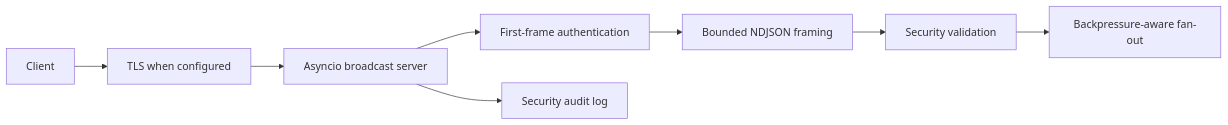
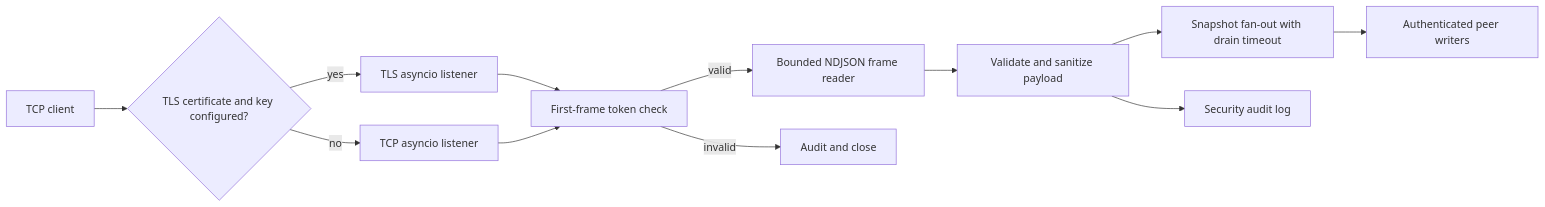
Before and after one commit to CoreyLeath-code/TrojanChat: the first of 2 diagrams in README.md, drawn with Mermaid. The commit also changed other lines of this file, not shown here.

Commit message:
docs: clarify supported server and evidence

````diff
--- a/README.md
+++ b/README.md
@@ -61,9 +64,14 @@
 ```mermaid
 flowchart LR
-    Client --> TLS[TLS when configured] --> Server[Asyncio broadcast server]
-    Server --> Auth[First-frame authentication]
-    Auth --> Framing[Bounded NDJSON framing]
-    Framing --> Validation[Security validation]
-    Validation --> Broadcast[Backpressure-aware fan-out]
-    Server --> Audit[Security audit log]
+    Client["TCP client"] --> TLS{"TLS certificate and key configured?"}
+    TLS -->|yes| TLSListener["TLS asyncio listener"]
+    TLS -->|no| PlainListener["TCP asyncio listener"]
+    TLSListener --> Auth["First-frame token check"]
+    PlainListener --> Auth
+    Auth -->|valid| Frame["Bounded NDJSON frame reader"]
+    Auth -->|invalid| Reject["Audit and close"]
+    Frame --> Validate["Validate and sanitize payload"]
+    Validate --> Broadcast["Snapshot fan-out with drain timeout"]
+    Validate --> Audit["Security audit log"]
+    Broadcast --> Peers["Authenticated peer writers"]
 ```
````
